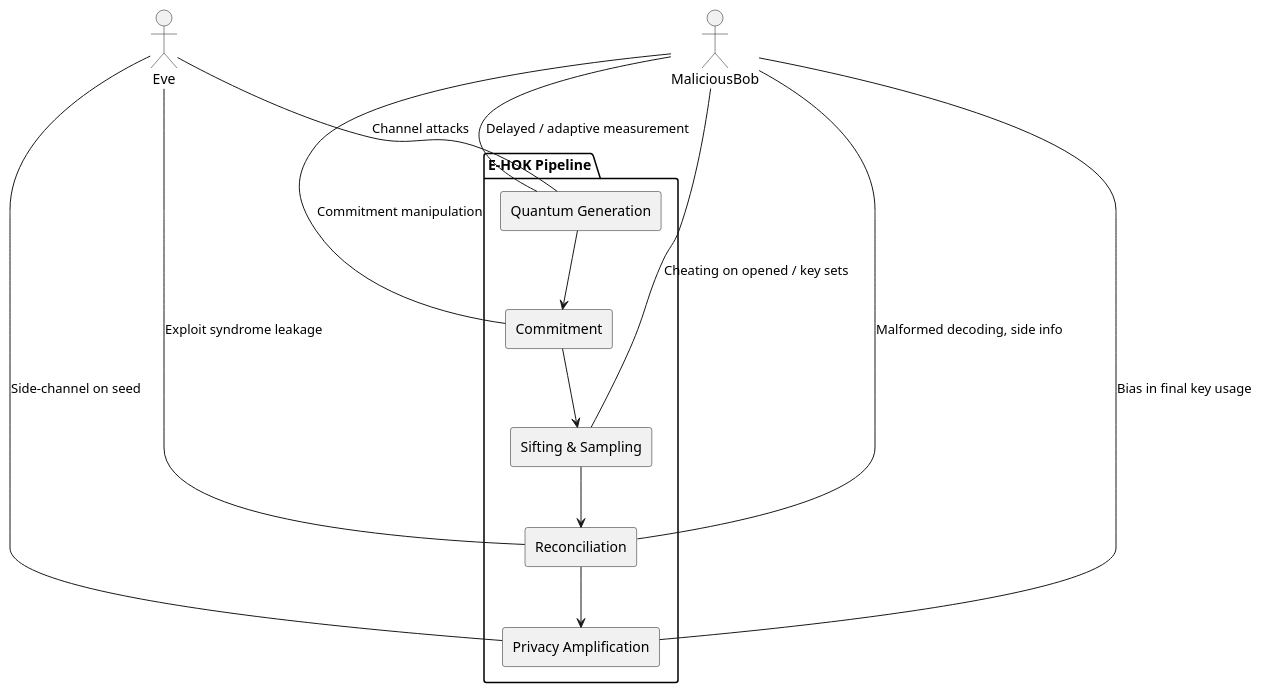
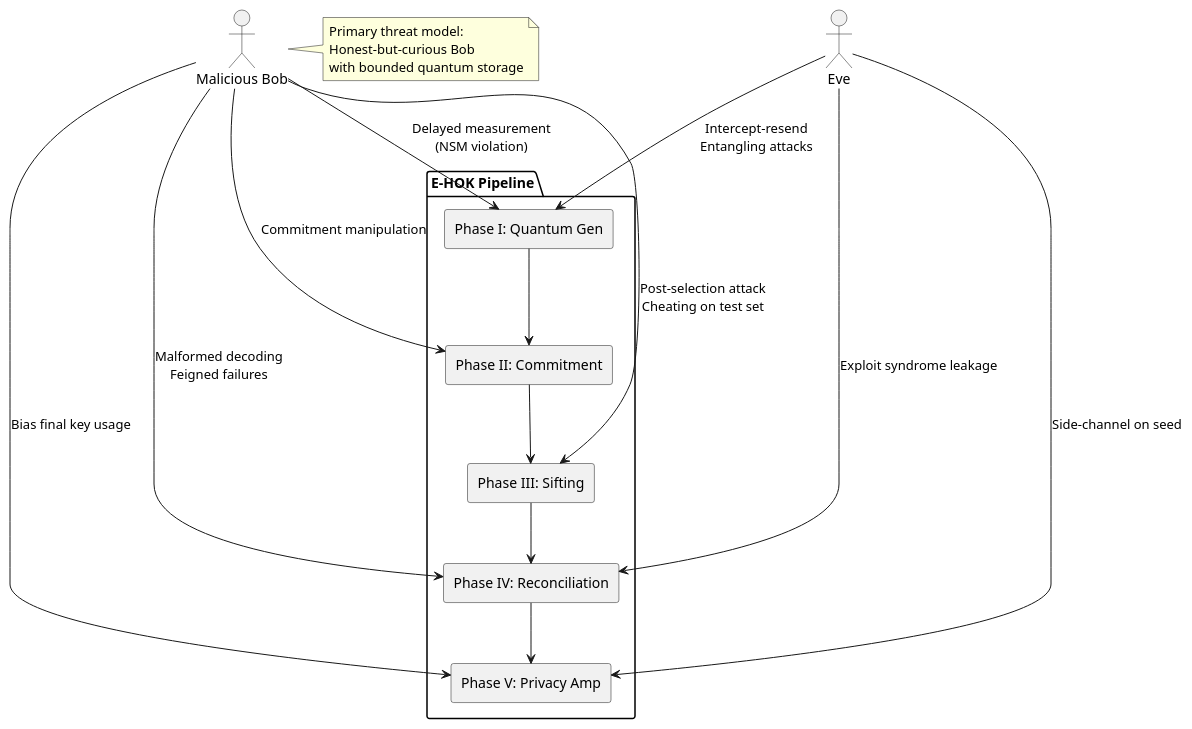
One commit to A-DaRo/qia-challenge-2025 changed the fourth of 4 diagrams in docs/e-hok-overview.md. Above: the diagram before and after it, drawn with PlantUML. The commit also changed other lines of this file, not shown here.

````diff
--- a/docs/e-hok-overview.md
+++ b/docs/e-hok-overview.md
@@ -195,33 +645,39 @@
 ```plantuml
 @startuml
 skinparam componentStyle rectangle
 skinparam shadowing false
 
-package "E‑HOK Pipeline" {
-  [Quantum Generation] as QG
-  [Commitment] as COM
-  [Sifting & Sampling] as SS
-  [Reconciliation] as REC
-  [Privacy Amplification] as PA
+package "E-HOK Pipeline" {
+  [Phase I: Quantum Gen] as QG
+  [Phase II: Commitment] as COM
+  [Phase III: Sifting] as SS
+  [Phase IV: Reconciliation] as REC
+  [Phase V: Privacy Amp] as PA
 }
 
 actor Eve
-actor MaliciousBob as MB
+actor "Malicious Bob" as MB
 
-Eve -- QG : Channel attacks
-Eve -- REC : Exploit syndrome leakage
-Eve -- PA  : Side-channel on seed
+Eve --> QG : Intercept-resend\nEntangling attacks
+Eve --> REC : Exploit syndrome leakage
+Eve --> PA : Side-channel on seed
 
-MB -- QG : Delayed / adaptive measurement
-MB -- COM : Commitment manipulation
-MB -- SS : Cheating on opened / key sets
-MB -- REC : Malformed decoding, side info
-MB -- PA : Bias in final key usage
+MB --> QG : Delayed measurement\n(NSM violation)
+MB --> COM : Commitment manipulation
+MB --> SS : Post-selection attack\nCheating on test set
+MB --> REC : Malformed decoding\nFeigned failures
+MB --> PA : Bias final key usage
 
 QG --> COM
 COM --> SS
-SS  --> REC
+SS --> REC
 REC --> PA
+
+note right of MB
+  Primary threat model:
+  Honest-but-curious Bob
+  with bounded quantum storage
+end note
 
 @enduml
 ```
````
